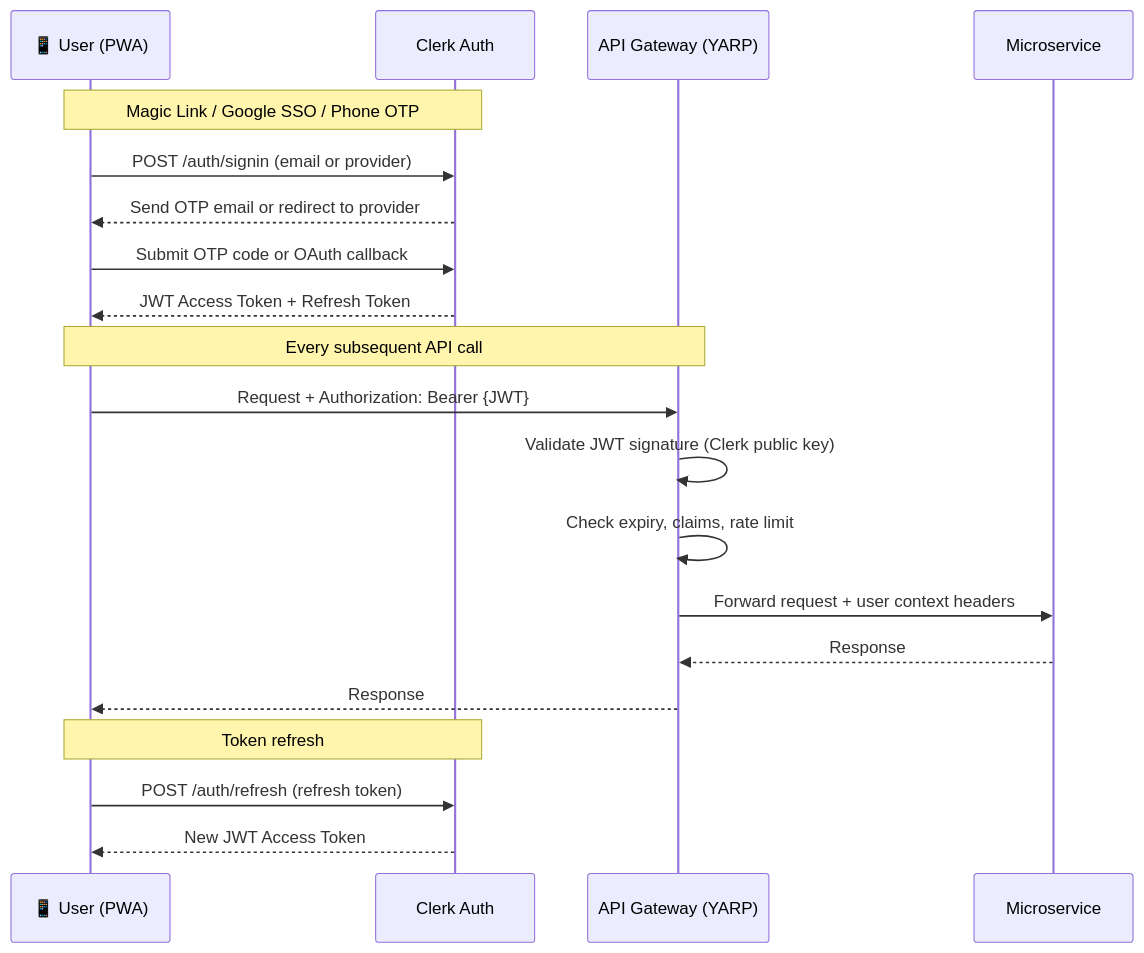
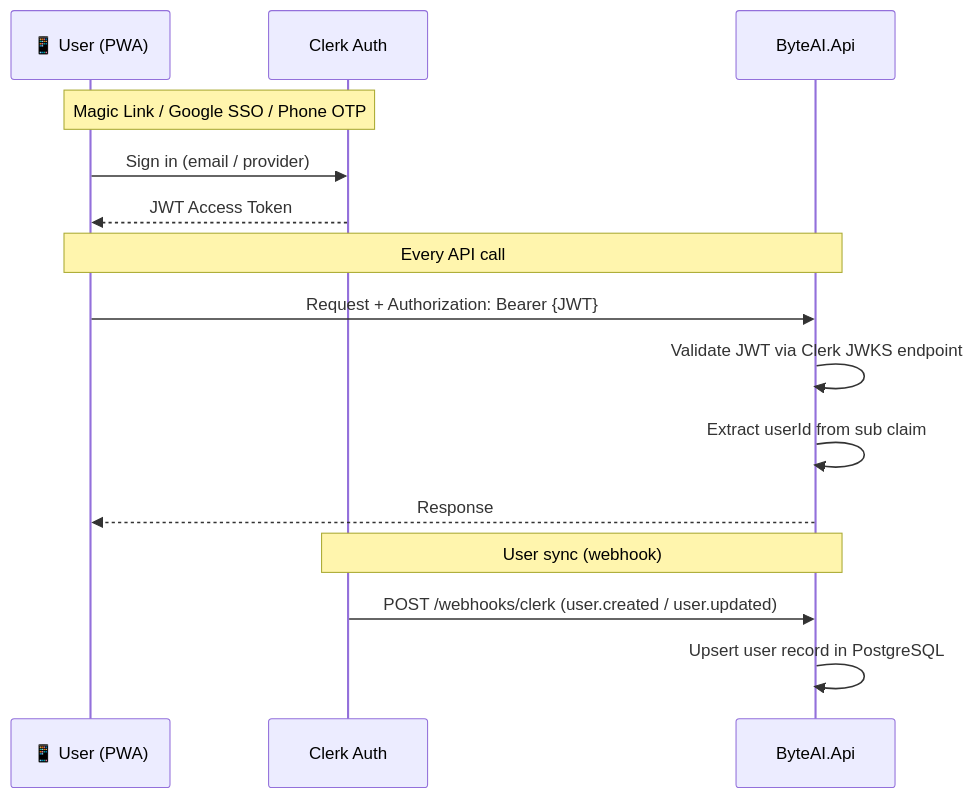
The second of 4 diagrams in docs/architecture/byteai-backend-architecture.md (sravan4262/ByteAI), drawn with Mermaid before and after one commit. The commit also changed other lines of this file and 215 other files, not shown here.

````diff
--- a/docs/architecture/byteai-backend-architecture.md
+++ b/docs/architecture/byteai-backend-architecture.md
@@ -83,25 +56,20 @@
 ```mermaid
 sequenceDiagram
     participant U as 📱 User (PWA)
     participant C as Clerk Auth
-    participant G as API Gateway (YARP)
-    participant S as Microservice
+    participant A as ByteAI.Api
 
     Note over U,C: Magic Link / Google SSO / Phone OTP
-    U->>C: POST /auth/signin (email or provider)
-    C-->>U: Send OTP email or redirect to provider
-    U->>C: Submit OTP code or OAuth callback
-    C-->>U: JWT Access Token + Refresh Token
+    U->>C: Sign in (email / provider)
+    C-->>U: JWT Access Token
 
-    Note over U,G: Every subsequent API call
-    U->>G: Request + Authorization: Bearer {JWT}
-    G->>G: Validate JWT signature (Clerk public key)
-    G->>G: Check expiry, claims, rate limit
-    G->>S: Forward request + user context headers
-    S-->>G: Response
-    G-->>U: Response
+    Note over U,A: Every API call
+    U->>A: Request + Authorization: Bearer {JWT}
+    A->>A: Validate JWT via Clerk JWKS endpoint
+    A->>A: Extract userId from sub claim
+    A-->>U: Response
 
-    Note over U,C: Token refresh
-    U->>C: POST /auth/refresh (refresh token)
-    C-->>U: New JWT Access Token
+    Note over C,A: User sync (webhook)
+    C->>A: POST /webhooks/clerk (user.created / user.updated)
+    A->>A: Upsert user record in PostgreSQL
 ```
````
